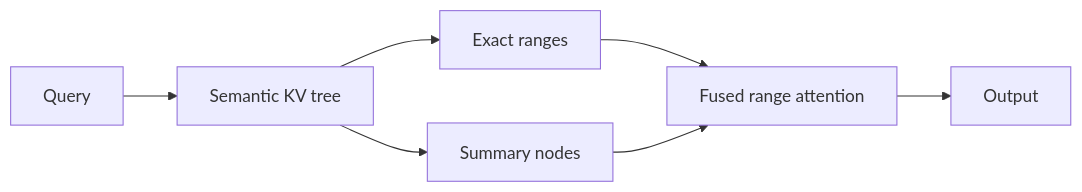
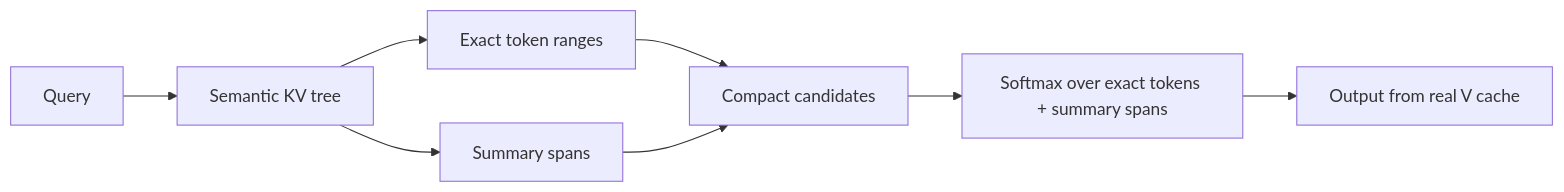
One commit to uchebnick/attention changed the diagram in README.md. Above: the diagram before and after it, drawn with Mermaid. The commit also changed other lines of this file and 3 other files, not shown here.

````diff
--- a/README.md
+++ b/README.md
@@ -9,9 +9,10 @@
 ```mermaid
 flowchart LR
     Q[Query] --> T[Semantic KV tree]
-    T --> R[Exact ranges]
-    T --> S[Summary nodes]
-    R --> K[Fused range attention]
-    S --> K
-    K --> O[Output]
+    T --> R[Exact token ranges]
+    T --> S[Summary spans]
+    R --> C[Compact candidates]
+    S --> C
+    C --> A[Softmax over exact tokens + summary spans]
+    A --> O[Output from real V cache]
 ```
````
